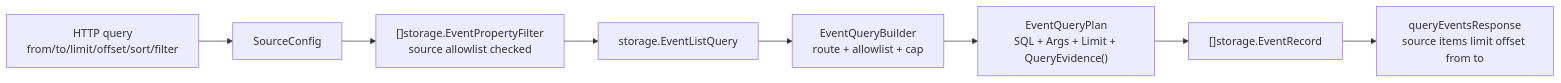
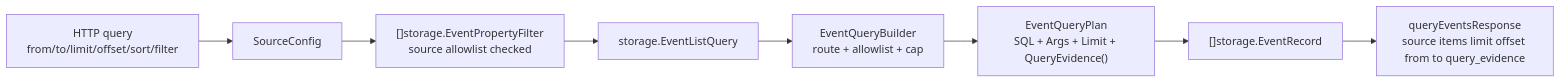
Before and after one commit to RoggerZ/uba: the sixth of 12 diagrams in docs/analytics-source-reading/collectapi-query-and-tracker-flow.md, drawn with Mermaid. The commit also changed other lines of this file and 1 other file, not shown here.

First line of the commit message:
Align readback source notes with query evidence

````diff
--- a/docs/analytics-source-reading/collectapi-query-and-tracker-flow.md
+++ b/docs/analytics-source-reading/collectapi-query-and-tracker-flow.md
@@ -984,10 +1016,10 @@
 ```mermaid
 flowchart LR
     Http["HTTP query<br/>from/to/limit/offset/sort/filter"] --> Source["SourceConfig"]
     Source --> PF["[]storage.EventPropertyFilter<br/>source allowlist checked"]
     PF --> EventList["storage.EventListQuery"]
     EventList --> Builder["EventQueryBuilder<br/>route + allowlist + cap"]
     Builder --> Plan["EventQueryPlan<br/>SQL + Args + Limit + QueryEvidence()"]
     Plan --> Records["[]storage.EventRecord"]
-    Records --> Response["queryEventsResponse<br/>source items limit offset from to"]
+    Records --> Response["queryEventsResponse<br/>source items limit offset from to query_evidence"]
 ```
````
